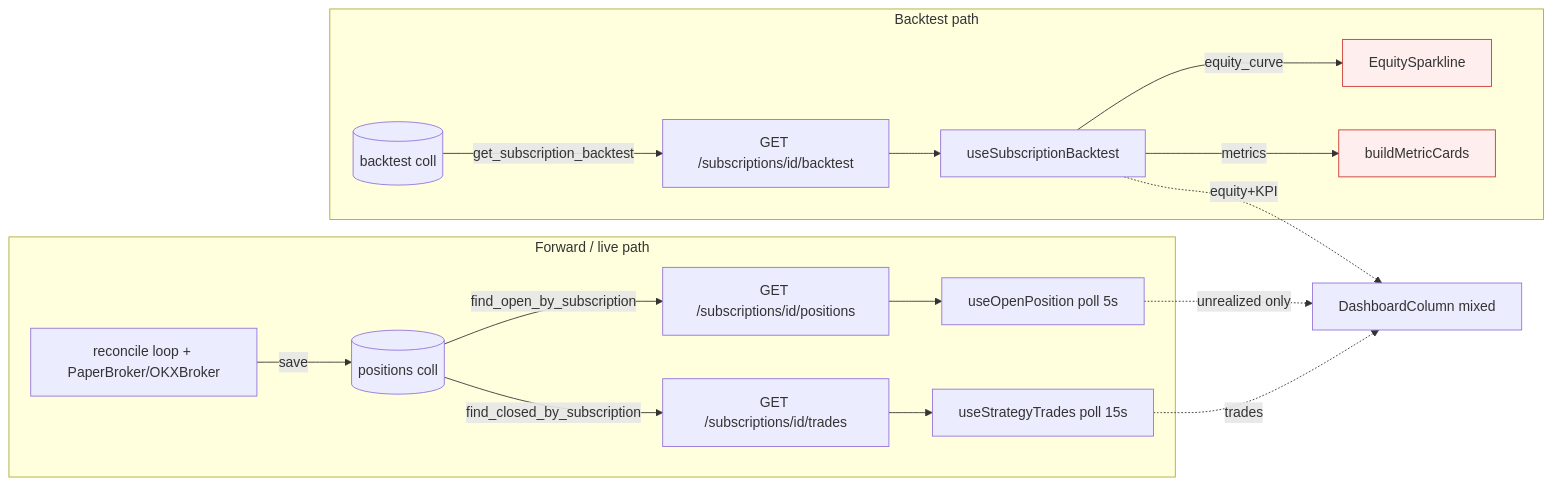
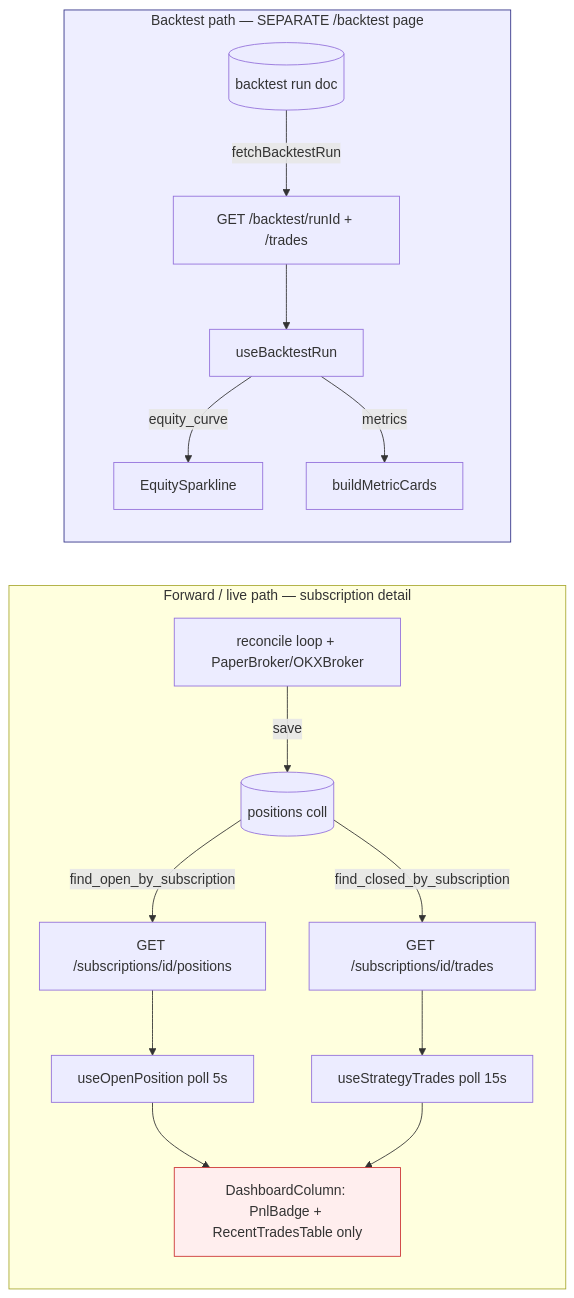
The diagram in plans/reports/slice-3-live-equity-kpi-260628-1959-forward-tab-foundation-report.md (camping89/pocketquant), drawn with Mermaid before and after one commit. The commit also changed other lines of this file and 7 other files, not shown here.

````diff
--- a/plans/reports/slice-3-live-equity-kpi-260628-1959-forward-tab-foundation-report.md
+++ b/plans/reports/slice-3-live-equity-kpi-260628-1959-forward-tab-foundation-report.md
@@ -51,21 +56,22 @@
 ```mermaid
 flowchart LR
-  subgraph LIVE[Forward / live path]
+  subgraph LIVE[Forward / live path — subscription detail]
     RL[reconcile loop + PaperBroker/OKXBroker] -->|save| POS[(positions coll)]
     POS -->|find_open_by_subscription| EP[GET /subscriptions/id/positions]
     POS -->|find_closed_by_subscription| ET[GET /subscriptions/id/trades]
     EP --> UOP[useOpenPosition poll 5s]
     ET --> UST[useStrategyTrades poll 15s]
+    UOP --> DASH[DashboardColumn: PnlBadge + RecentTradesTable only]
+    UST --> DASH
   end
-  subgraph BT[Backtest path]
-    BTR[(backtest coll)] -->|get_subscription_backtest| EB[GET /subscriptions/id/backtest]
-    EB --> USB[useSubscriptionBacktest]
+  subgraph BT[Backtest path — SEPARATE /backtest page]
+    BTR[(backtest run doc)] -->|fetchBacktestRun| EB[GET /backtest/runId + /trades]
+    EB --> USB[useBacktestRun]
     USB -->|equity_curve| SPK[EquitySparkline]
     USB -->|metrics| MC[buildMetricCards]
   end
-  UOP -.unrealized only.-> DASH[DashboardColumn mixed]
-  UST -.trades.-> DASH
-  USB -.equity+KPI.-> DASH
   classDef gap fill:#fee,stroke:#c33;
-  class SPK,MC gap
+  class DASH gap
+  classDef sep fill:#eef,stroke:#338;
+  class BT sep
 ```
````
